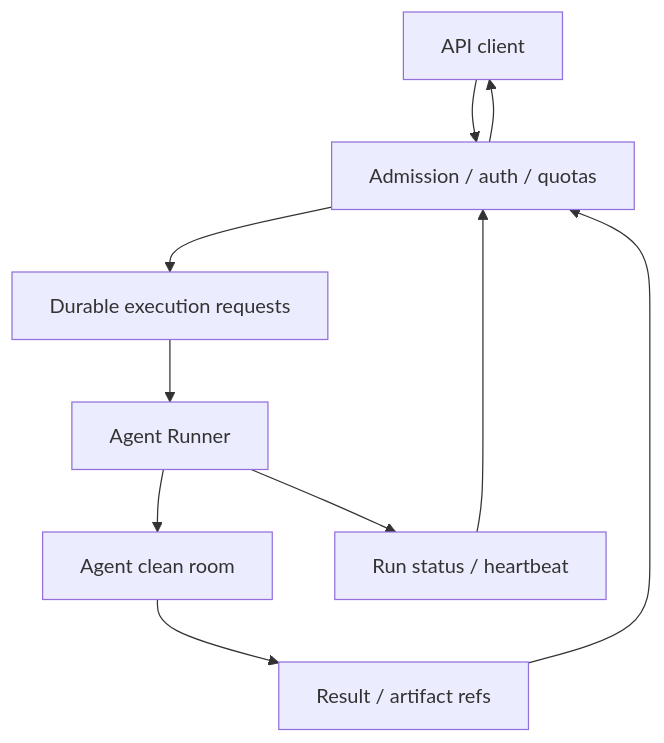
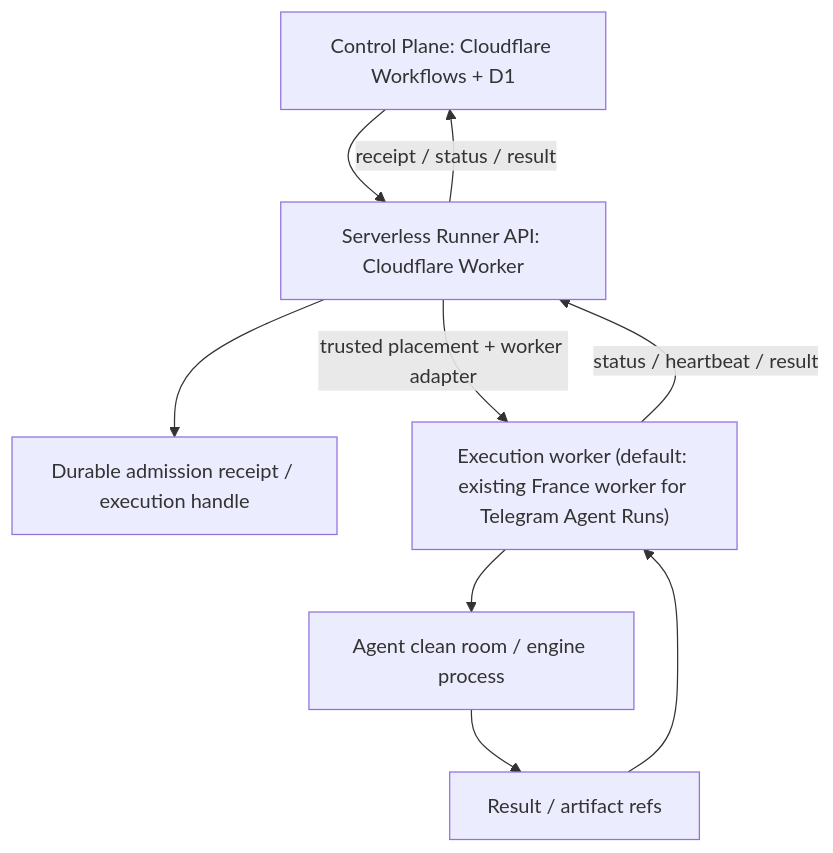
One commit to trained-assist/trained-agent-architecture changed the diagram in SERVERLESS-AGENT-API.md. Above: the diagram before and after it, drawn with Mermaid. The commit also changed other lines of this file and 15 other files, not shown here.

First line of the commit message:
docs: define serverless Runner API boundary (#238)

````diff
--- a/SERVERLESS-AGENT-API.md
+++ b/SERVERLESS-AGENT-API.md
@@ -11,12 +11,11 @@
 ```mermaid
 flowchart TD
-  C["API client"] --> API["Admission / auth / quotas"]
-  API --> Q["Durable execution requests"]
-  Q --> R["Agent Runner"]
-  R --> CR["Agent clean room"]
+  CP["Control Plane: Cloudflare Workflows + D1"] --> API["Serverless Runner API: Cloudflare Worker"]
+  API --> Q["Durable admission receipt / execution handle"]
+  API -->|trusted placement + worker adapter| W["Execution worker (default: existing France worker for Telegram Agent Runs)"]
+  W --> CR["Agent clean room / engine process"]
   CR --> O["Result / artifact refs"]
-  O --> API
-  API --> C
-  R --> J["Run status / heartbeat"]
-  J --> API
+  O --> W
+  W -->|status / heartbeat / result| API
+  API -->|receipt / status / result| CP
 ```
````
